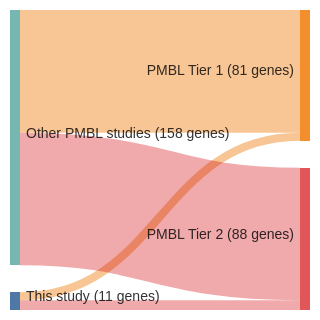
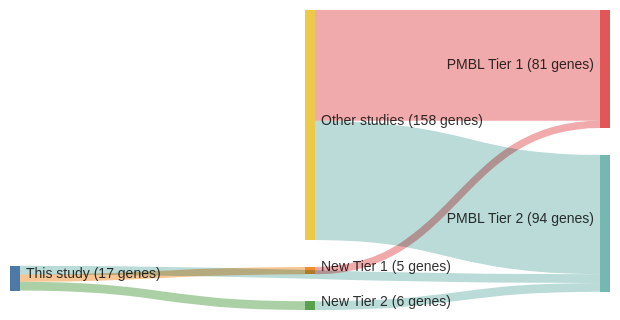
Before and after one commit to morinlab/lymphopedia: the diagram in papers/sarkozyMutationalLandscapeGray2021a.md, drawn with Mermaid. The commit also changed 82 other files, not shown here.

````diff
--- a/papers/sarkozyMutationalLandscapeGray2021a.md
+++ b/papers/sarkozyMutationalLandscapeGray2021a.md
@@ -12,18 +12,21 @@
 ```mermaid
 ---
 config:
     sankey:
         showValues: true
         linkColor: target
-        width: 300
+        width: 600
         height: 300
         nodeAlignment: right
         prefix: '('
         suffix: ' genes)'
 ---
 sankey-beta
-This study, PMBL Tier 1, 5
+This study, New Tier 1, 5
+New Tier 1, PMBL Tier 1, 5
 This study, PMBL Tier 2, 6
-Other PMBL studies, PMBL Tier 1, 76
-Other PMBL studies, PMBL Tier 2, 82
+This study, New Tier 2, 6
+New Tier 2, PMBL Tier 2, 6
+Other studies, PMBL Tier 1, 76
+Other studies, PMBL Tier 2, 82
 ```
````
